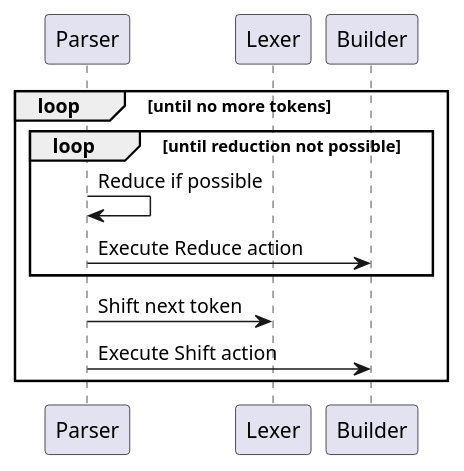
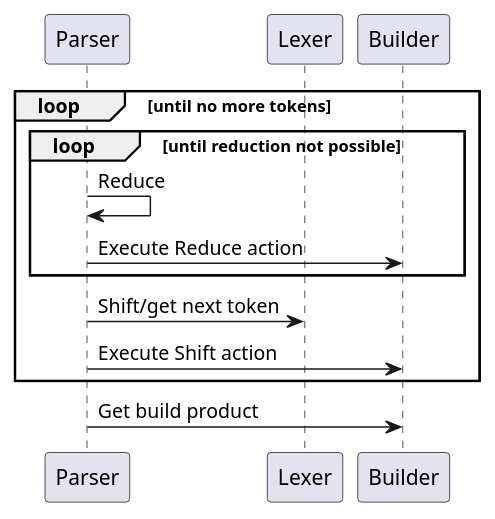
One commit to igordejanovic/rustemo changed the diagram in docs/rustemo.org. Above: the diagram before and after it, drawn with PlantUML. The commit also changed 1 other file, not shown here.

Commit message:
Improve parsing diagram

```diff
--- a/docs/rustemo.org
+++ b/docs/rustemo.org
@@ -59,13 +59,14 @@
 #+begin_src plantuml :exports results :file img/parsing-process.png
 participant Parser
 participant Lexer
 participant Builder
 loop until no more tokens
     loop until reduction not possible
-        Parser -> Parser: Reduce if possible
+        Parser -> Parser: Reduce
         Parser -> Builder: Execute Reduce action
     end
-    Parser -> Lexer: Shift next token
+    Parser -> Lexer: Shift/get next token
     Parser -> Builder: Execute Shift action
 end
+Parser -> Builder: Get build product
 #+end_src
```
